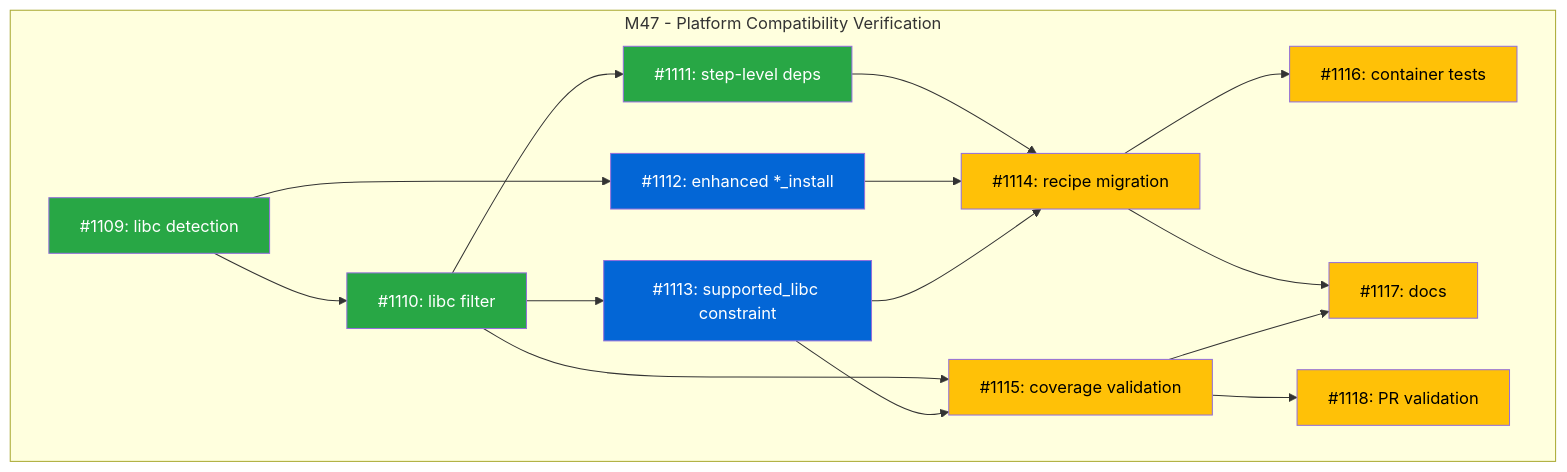
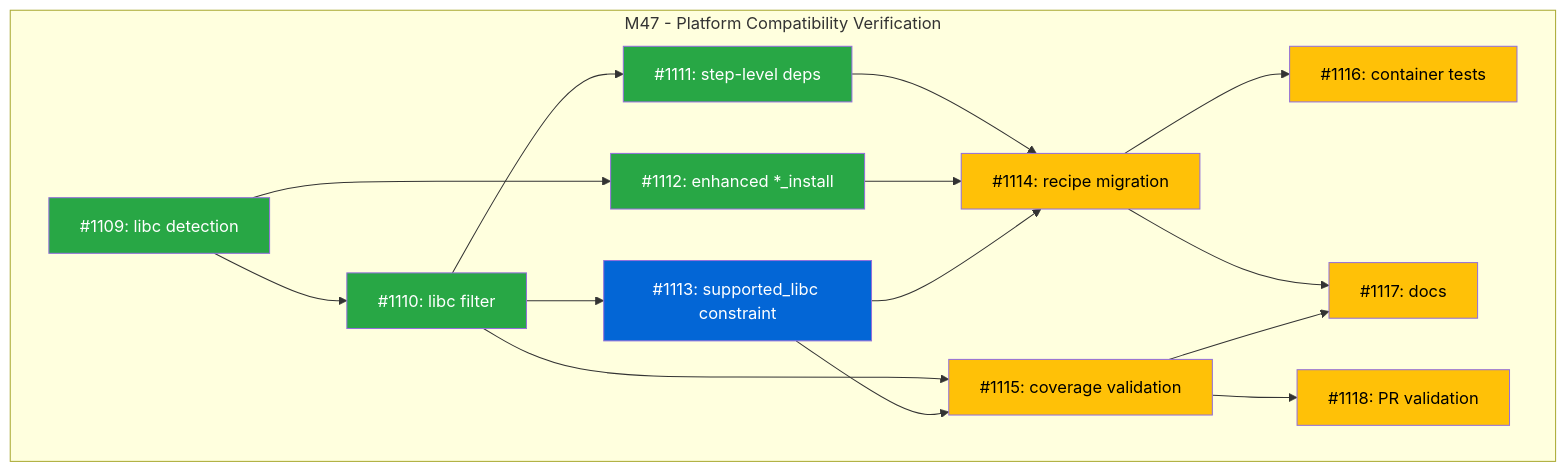
Before and after one commit to tsukumogami/tsuku: the diagram in docs/designs/DESIGN-platform-compatibility-verification.md, drawn with Mermaid.

Commit message:
docs(platform): mark issue #1112 as done

````diff
--- a/docs/designs/DESIGN-platform-compatibility-verification.md
+++ b/docs/designs/DESIGN-platform-compatibility-verification.md
@@ -29,34 +29,34 @@
 ```mermaid
 graph TD
     subgraph "M47 - Platform Compatibility Verification"
         I1109["#1109: libc detection"]:::done
         I1110["#1110: libc filter"]:::done
         I1111["#1111: step-level deps"]:::done
-        I1112["#1112: enhanced *_install"]:::ready
+        I1112["#1112: enhanced *_install"]:::done
         I1113["#1113: supported_libc constraint"]:::ready
         I1114["#1114: recipe migration"]:::blocked
         I1115["#1115: coverage validation"]:::blocked
         I1116["#1116: container tests"]:::blocked
         I1117["#1117: docs"]:::blocked
         I1118["#1118: PR validation"]:::blocked
 
         I1109 --> I1110
         I1109 --> I1112
         I1110 --> I1111
         I1110 --> I1113
         I1110 --> I1115
         I1111 --> I1114
         I1112 --> I1114
         I1113 --> I1114
         I1113 --> I1115
         I1114 --> I1116
         I1114 --> I1117
         I1115 --> I1117
         I1115 --> I1118
     end
 
     classDef done fill:#28a745,color:#fff
     classDef ready fill:#0366d6,color:#fff
     classDef blocked fill:#ffc107,color:#000
     classDef needsDesign fill:#6f42c1,color:#fff
 ```
````
